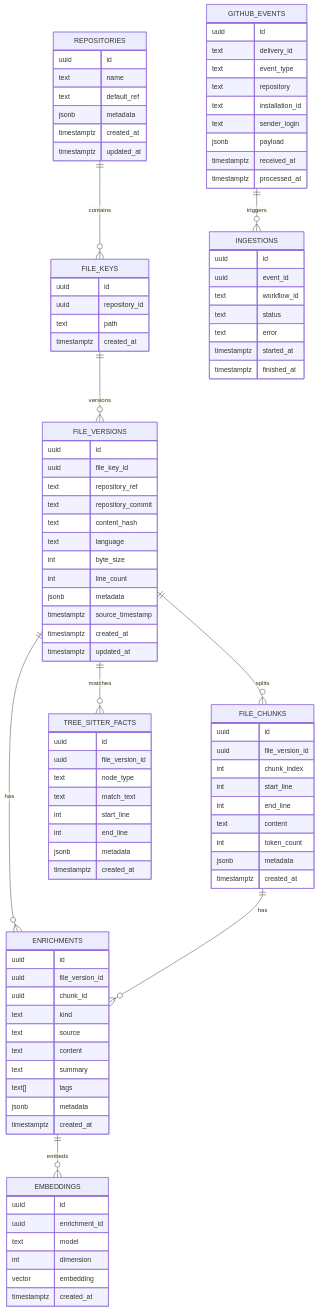
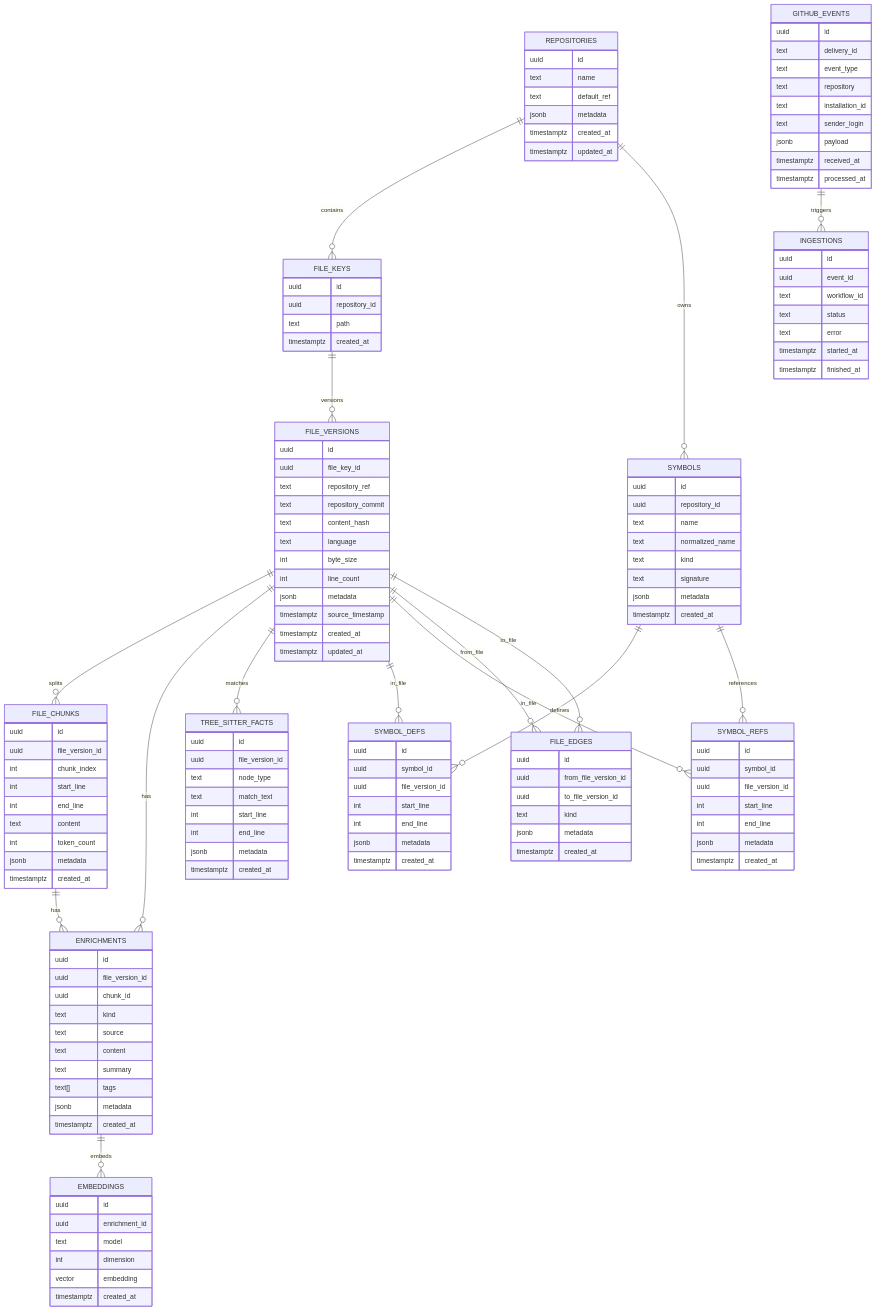
Before and after one commit to proompteng/lab: the second of 3 diagrams in docs/atlas-indexing.md, drawn with Mermaid. The commit also changed other lines of this file, not shown here.

Commit message:
docs: add atlas symbol and file edge graph

```diff
--- a/docs/atlas-indexing.md
+++ b/docs/atlas-indexing.md
@@ -57,6 +59,13 @@
   FILE_CHUNKS ||--o{ ENRICHMENTS : has
   ENRICHMENTS ||--o{ EMBEDDINGS : embeds
   FILE_VERSIONS ||--o{ TREE_SITTER_FACTS : matches
+  REPOSITORIES ||--o{ SYMBOLS : owns
+  SYMBOLS ||--o{ SYMBOL_DEFS : defines
+  SYMBOLS ||--o{ SYMBOL_REFS : references
+  FILE_VERSIONS ||--o{ SYMBOL_DEFS : in_file
+  FILE_VERSIONS ||--o{ SYMBOL_REFS : in_file
+  FILE_VERSIONS ||--o{ FILE_EDGES : from_file
+  FILE_VERSIONS ||--o{ FILE_EDGES : to_file
   GITHUB_EVENTS ||--o{ INGESTIONS : triggers
 
   REPOSITORIES {
@@ -135,6 +144,46 @@
     timestamptz created_at
   }
 
+  SYMBOLS {
+    uuid id
+    uuid repository_id
+    text name
+    text normalized_name
+    text kind
+    text signature
+    jsonb metadata
+    timestamptz created_at
+  }
+
+  SYMBOL_DEFS {
+    uuid id
+    uuid symbol_id
+    uuid file_version_id
+    int start_line
+    int end_line
+    jsonb metadata
+    timestamptz created_at
+  }
+
+  SYMBOL_REFS {
+    uuid id
+    uuid symbol_id
+    uuid file_version_id
+    int start_line
+    int end_line
+    jsonb metadata
+    timestamptz created_at
+  }
+
+  FILE_EDGES {
+    uuid id
+    uuid from_file_version_id
+    uuid to_file_version_id
+    text kind
+    jsonb metadata
+    timestamptz created_at
+  }
+
   GITHUB_EVENTS {
     uuid id
     text delivery_id
```
